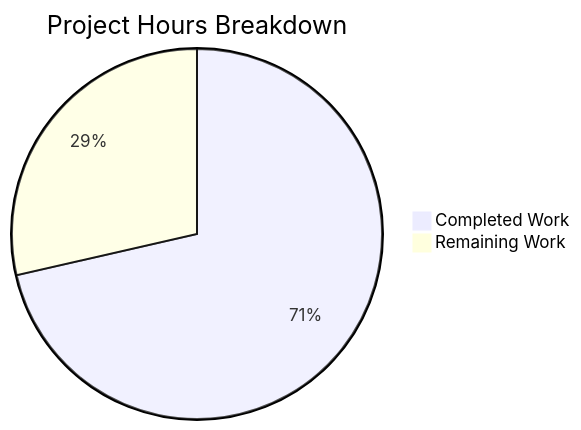
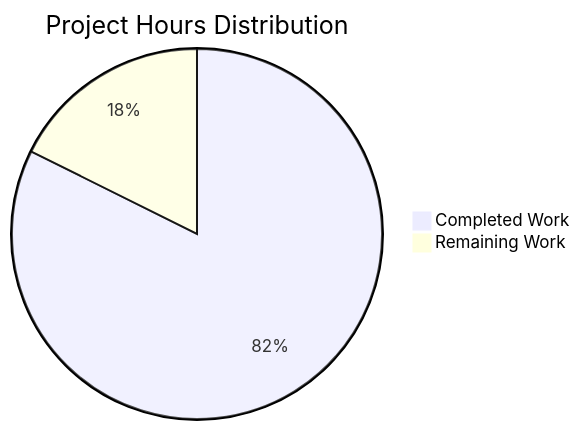
The first of 2 diagrams in blitzy/documentation/Project Guide.md (sudhanshu-spec/test-spec), drawn with Mermaid before and after one commit. The commit also changed other lines of this file, not shown here.

Commit message:
Adding Blitzy Project Guide: Project Status and Human Tasks Remaining

````diff
--- a/blitzy/documentation/Project Guide.md
+++ b/blitzy/documentation/Project Guide.md
@@ -34,5 +68,5 @@
 ```mermaid
-pie title Project Hours Breakdown
-    "Completed Work" : 10
-    "Remaining Work" : 4
+pie title Project Hours Distribution
+    "Completed Work" : 28
+    "Remaining Work" : 6
 ```
````
